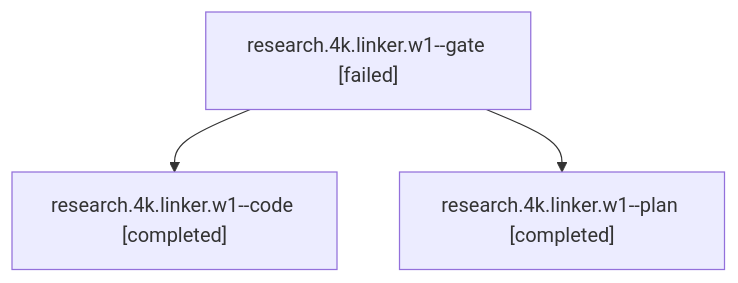
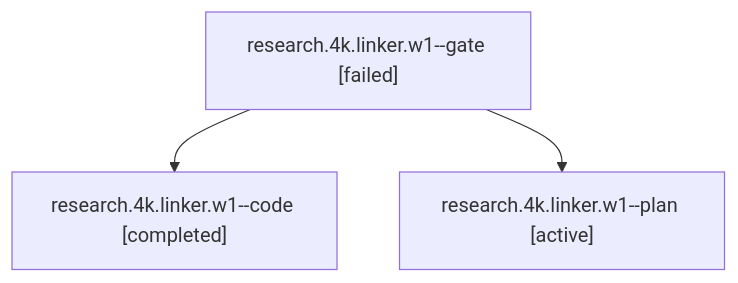
One commit to bobs-org/bob-cli--agents changed the diagram in sessions/bbugyi200.athena.research.4k.linker.w1.md. Above: the diagram before and after it, drawn with Mermaid. The commit also changed other lines of this file and 356 other files, not shown here.

````diff
--- a/sessions/bbugyi200.athena.research.4k.linker.w1.md
+++ b/sessions/bbugyi200.athena.research.4k.linker.w1.md
@@ -9,8 +9,8 @@
 ```mermaid
 flowchart TD
   n0["research.4k.linker.w1--gate [failed]"]
   n1["research.4k.linker.w1--code [completed]"]
   n0 --> n1
-  n2["research.4k.linker.w1--plan [completed]"]
+  n2["research.4k.linker.w1--plan [active]"]
   n0 --> n2
 ```
````
